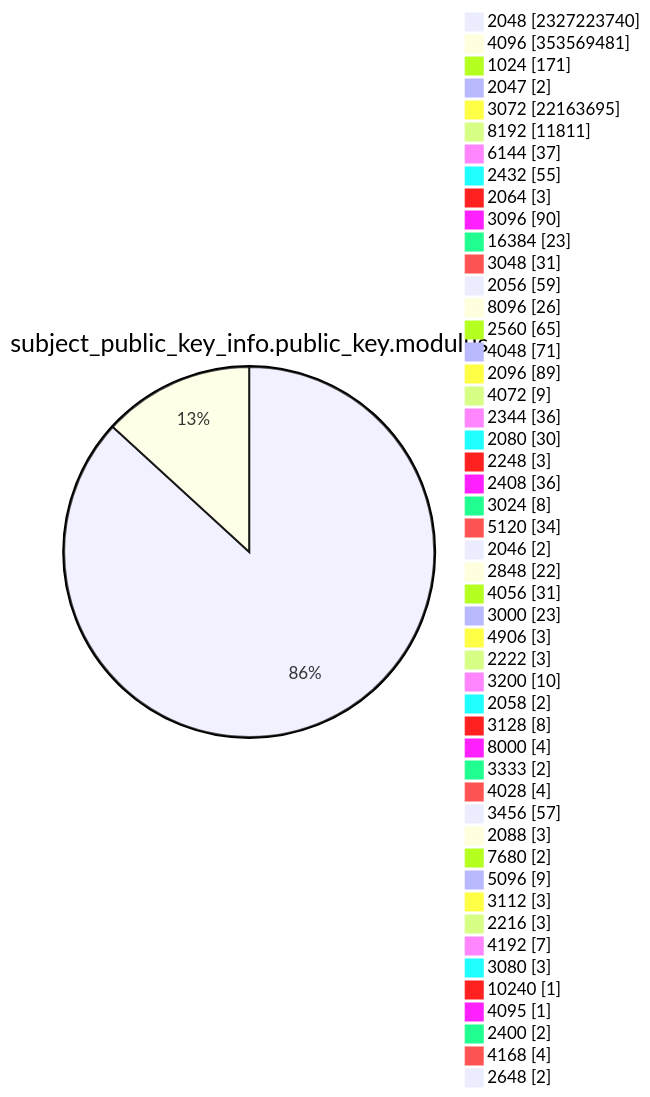
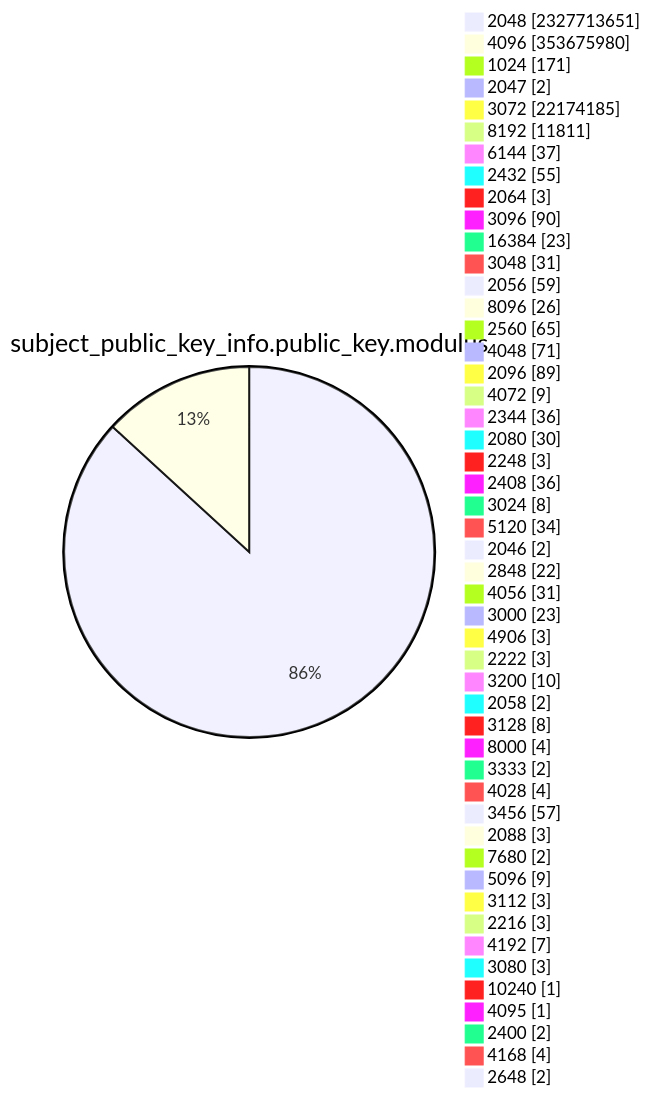
One commit to christiankrug/ctmonitor_visualization changed diagram 13 of 15 in TOTAL/README.md. Above: the diagram before and after it, drawn with Mermaid. The commit also changed other lines of this file, not shown here.

````diff
--- a/TOTAL/README.md
+++ b/TOTAL/README.md
@@ -4167,53 +4167,53 @@
 ```mermaid
 pie showData
 title subject_public_key_info.public_key.modulus
-"2048" :2327223740
-"4096" :353569481
+"2048" :2327713651
+"4096" :353675980
 "1024" :171
 "2047" :2
-"3072" :22163695
+"3072" :22174185
 "8192" :11811
 "6144" :37
 "2432" :55
 "2064" :3
 "3096" :90
 "16384" :23
 "3048" :31
 "2056" :59
 "8096" :26
 "2560" :65
 "4048" :71
 "2096" :89
 "4072" :9
 "2344" :36
 "2080" :30
 "2248" :3
 "2408" :36
 "3024" :8
 "5120" :34
 "2046" :2
 "2848" :22
 "4056" :31
 "3000" :23
 "4906" :3
 "2222" :3
 "3200" :10
 "2058" :2
 "3128" :8
 "8000" :4
 "3333" :2
 "4028" :4
 "3456" :57
 "2088" :3
 "7680" :2
 "5096" :9
 "3112" :3
 "2216" :3
 "4192" :7
 "3080" :3
 "10240" :1
 "4095" :1
 "2400" :2
 "4168" :4
 "2648" :2
 ```
````
